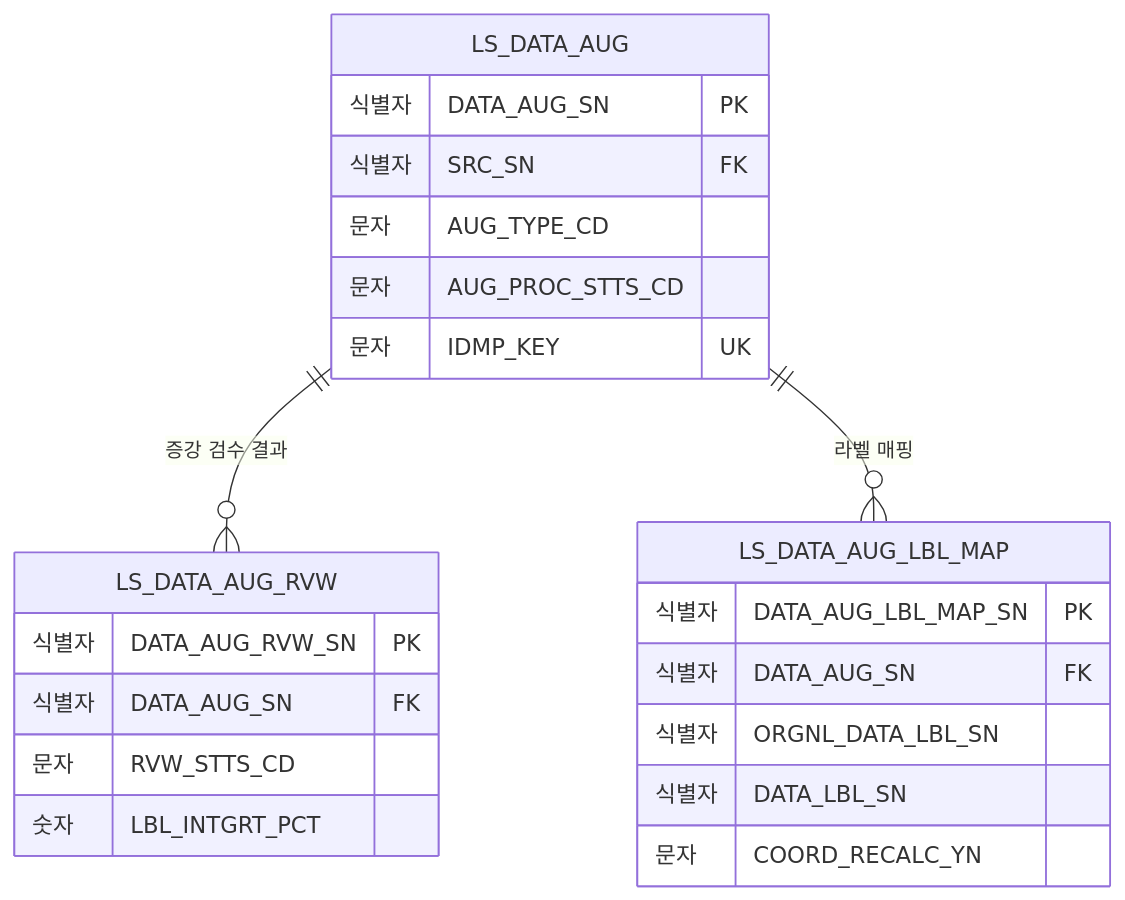
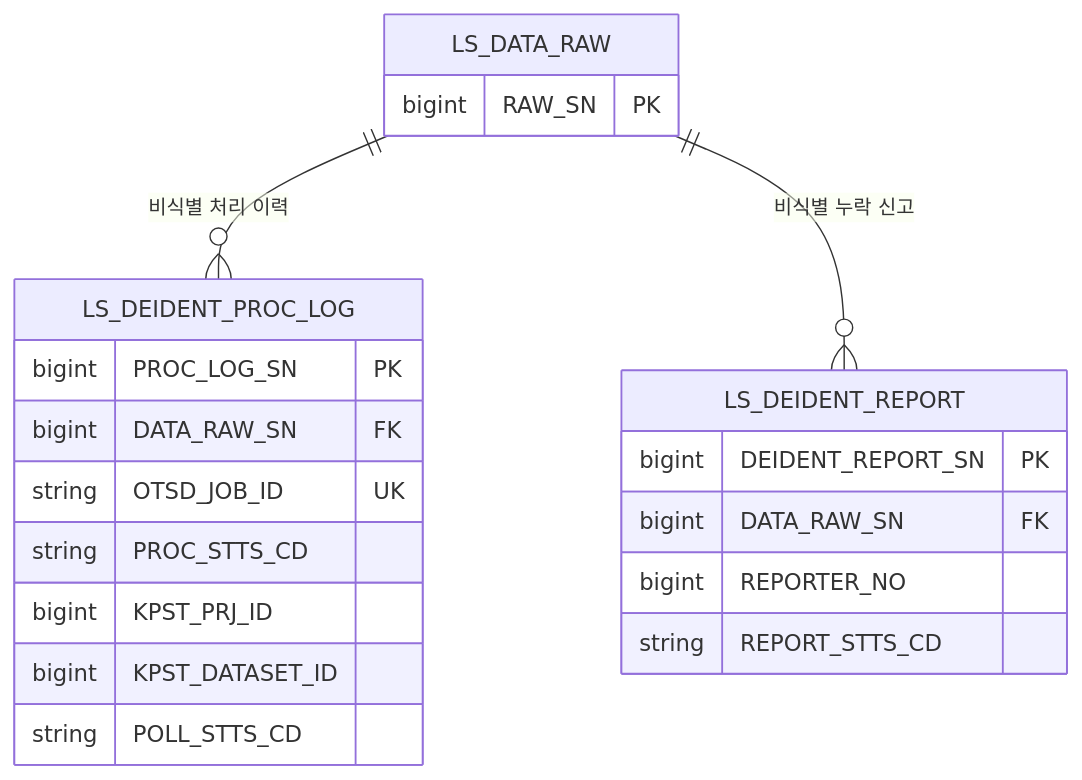
One commit to New-stella/klid-label changed the fifth of 14 diagrams in docs/design/D8-엔티티관계모형설계서.md. Above: the diagram before and after it, drawn with Mermaid. The commit also changed other lines of this file and 7 other files, not shown here.

````diff
--- a/docs/design/D8-엔티티관계모형설계서.md
+++ b/docs/design/D8-엔티티관계모형설계서.md
@@ -171,25 +199,23 @@
 ```mermaid
 erDiagram
-    LS_DATA_AUG ||--o{ LS_DATA_AUG_RVW : "증강 검수 결과"
-    LS_DATA_AUG ||--o{ LS_DATA_AUG_LBL_MAP : "라벨 매핑"
-    LS_DATA_AUG {
-        식별자 DATA_AUG_SN PK
-        식별자 SRC_SN FK
-        문자 AUG_TYPE_CD
-        문자 AUG_PROC_STTS_CD
-        문자 IDMP_KEY UK
+    LS_DATA_RAW ||--o{ LS_DEIDENT_PROC_LOG : "비식별 처리 이력"
+    LS_DATA_RAW ||--o{ LS_DEIDENT_REPORT : "비식별 누락 신고"
+    LS_DATA_RAW {
+        bigint RAW_SN PK
     }
-    LS_DATA_AUG_RVW {
-        식별자 DATA_AUG_RVW_SN PK
-        식별자 DATA_AUG_SN FK
-        문자 RVW_STTS_CD
-        숫자 LBL_INTGRT_PCT
+    LS_DEIDENT_PROC_LOG {
+        bigint PROC_LOG_SN PK
+        bigint DATA_RAW_SN FK
+        string OTSD_JOB_ID UK
+        string PROC_STTS_CD
+        bigint KPST_PRJ_ID
+        bigint KPST_DATASET_ID
+        string POLL_STTS_CD
     }
-    LS_DATA_AUG_LBL_MAP {
-        식별자 DATA_AUG_LBL_MAP_SN PK
-        식별자 DATA_AUG_SN FK
-        식별자 ORGNL_DATA_LBL_SN
-        식별자 DATA_LBL_SN
-        문자 COORD_RECALC_YN
+    LS_DEIDENT_REPORT {
+        bigint DEIDENT_REPORT_SN PK
+        bigint DATA_RAW_SN FK
+        bigint REPORTER_NO
+        string REPORT_STTS_CD
     }
 ```
````
